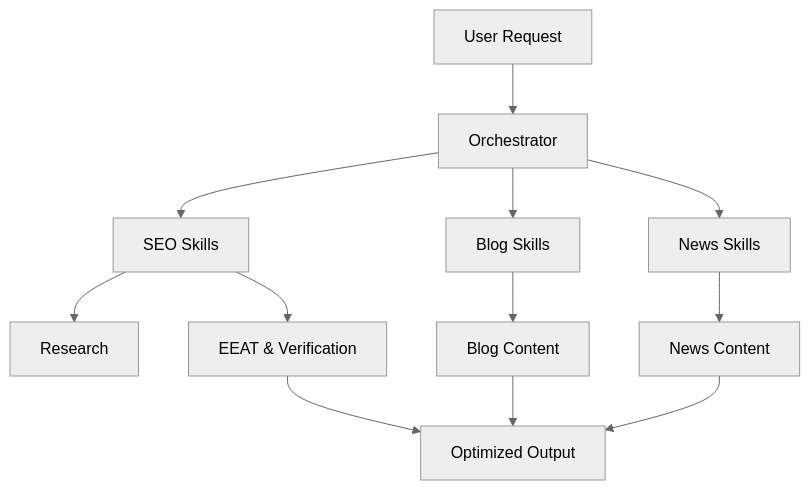
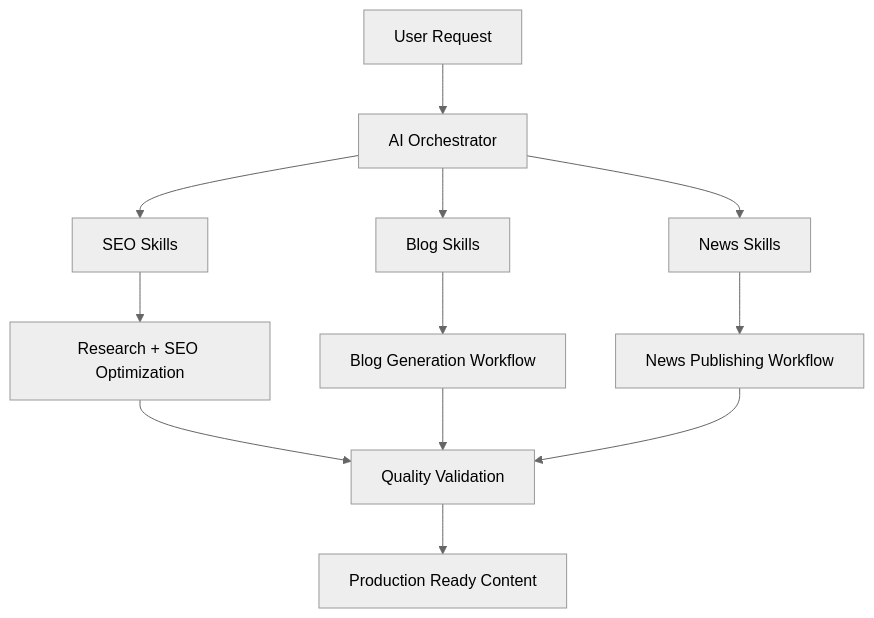
Before and after one commit to ajit-gif/btw-group-ai-skills: the first of 4 diagrams in README.md, drawn with Mermaid (neutral theme). The commit also changed other lines of this file, not shown here.

Commit message:
Professional README redesign based on skills, blog-skills and news-skills folders

````diff
--- a/README.md
+++ b/README.md
@@ -13,14 +33,20 @@
 ```mermaid
 flowchart TD
-    User[User Request] --> Orch[Orchestrator]
-    Orch --> SEO[SEO Skills]
-    Orch --> Blog[Blog Skills]
-    Orch --> News[News Skills]
-    SEO --> Research[Research]
-    SEO --> Quality[EEAT & Verification]
-    Blog --> BlogOutput[Blog Content]
-    News --> NewsOutput[News Content]
-    Quality --> Final[Optimized Output]
-    BlogOutput --> Final
-    NewsOutput --> Final
+    U[User Request]
+
+    U --> O[AI Orchestrator]
+
+    O --> S[SEO Skills]
+    O --> B[Blog Skills]
+    O --> N[News Skills]
+
+    S --> SEO[Research + SEO Optimization]
+    B --> BLOG[Blog Generation Workflow]
+    N --> NEWS[News Publishing Workflow]
+
+    SEO --> Q[Quality Validation]
+    BLOG --> Q
+    NEWS --> Q
+
+    Q --> FINAL[Production Ready Content]
 ```
````
